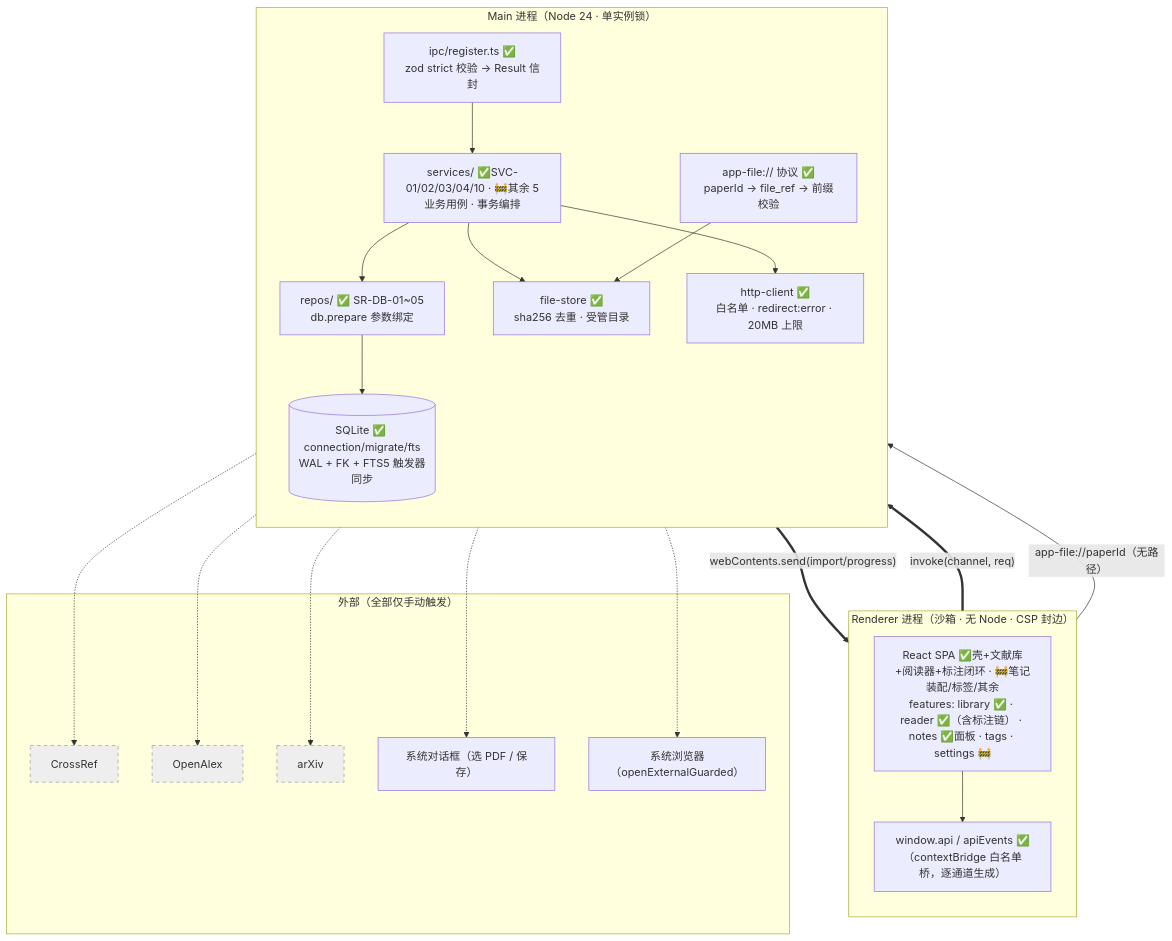
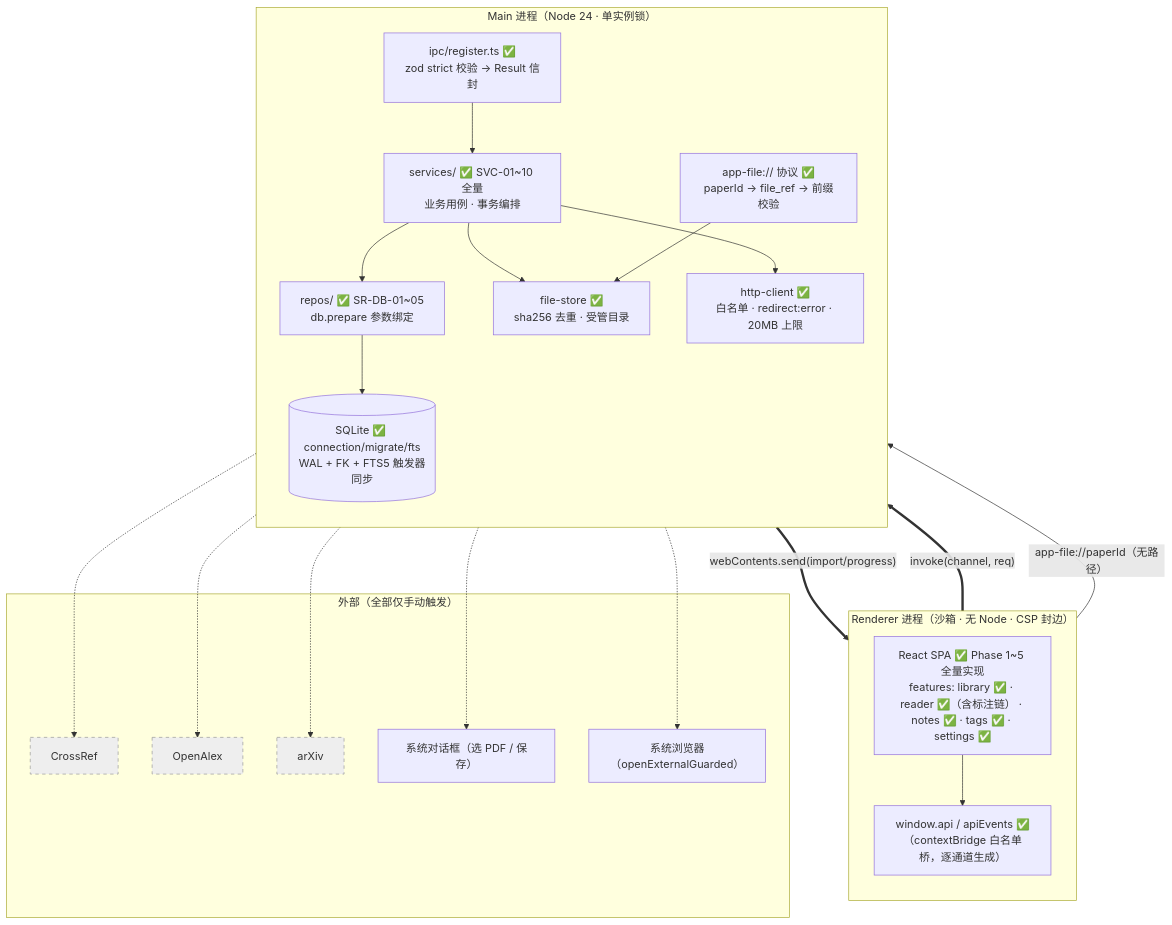
One commit to yyx20040712/Synapse changed the first of 8 diagrams in docs/architecture.md. Above: the diagram before and after it, drawn with Mermaid. The commit also changed other lines of this file and 2 other files, not shown here.

Commit message:
docs(phase5): Phase 5 收官回写——ROADMAP 勾选✅+基线快照(72 done/open 0+三组覆盖率门槛)+行动清单；architecture §7 图纸🚧全清零(含 REPO2 补齐)；收官报告入 docs/reports(验收证据对照/覆盖率终态/e2e 6清单/留验三项)。双模型审计：deepseek 一审 PASS_WITH_WARNINGS(2 NIT)→GLM5.3 二审终裁 PASS(事实逐项核验无一失实,三条 NIT 措辞修正按裁决预授权随批落实)

````diff
--- a/docs/architecture.md
+++ b/docs/architecture.md
@@ -72,37 +72,37 @@
 ```mermaid
 flowchart TB
   subgraph R["Renderer 进程（沙箱 · 无 Node · CSP 封边）"]
     direction TB
-    UI["React SPA ✅壳+文献库+阅读器+标注闭环 · 🚧笔记装配/标签/其余<br/>features: library ✅ · reader ✅（含标注链） · notes ✅面板 · tags · settings 🚧"]
+    UI["React SPA ✅ Phase 1~5 全量实现<br/>features: library ✅ · reader ✅（含标注链） · notes ✅ · tags ✅ · settings ✅"]
     WA["window.api / apiEvents ✅<br/>（contextBridge 白名单桥，逐通道生成）"]
     UI --> WA
   end
 
   subgraph M["Main 进程（Node 24 · 单实例锁）"]
     direction TB
     REG["ipc/register.ts ✅<br/>zod strict 校验 → Result 信封"]
-    SVC["services/ ✅SVC-01/02/03/04/10 · 🚧其余 5<br/>业务用例 · 事务编排"]
+    SVC["services/ ✅ SVC-01~10 全量<br/>业务用例 · 事务编排"]
     REPO["repos/ ✅ SR-DB-01~05<br/>db.prepare 参数绑定"]
     DB[("SQLite ✅ connection/migrate/fts<br/>WAL + FK + FTS5 触发器同步")]
     PROTO["app-file:// 协议 ✅<br/>paperId → file_ref → 前缀校验"]
     FSTORE["file-store ✅<br/>sha256 去重 · 受管目录"]
     HTTP["http-client ✅<br/>白名单 · redirect:error · 20MB 上限"]
   end
 
   subgraph E["外部（全部仅手动触发）"]
     CR["CrossRef"]:::ext
     OA["OpenAlex"]:::ext
     AX["arXiv"]:::ext
     DLG["系统对话框（选 PDF / 保存）"]
     BRW["系统浏览器（openExternalGuarded）"]
   end
 
   WA == "invoke(channel, req)" ==> REG
   REG --> SVC --> REPO --> DB
   SVC --> FSTORE
   SVC --> HTTP -.-> CR & OA & AX
   SVC == "webContents.send(import/progress)" ==> WA
   UI -- "app-file://paperId（无路径）" --> PROTO --> FSTORE
   M -.-> DLG & BRW
   classDef ext fill:#eee,stroke:#999,stroke-dasharray: 5 5
 ```
````
